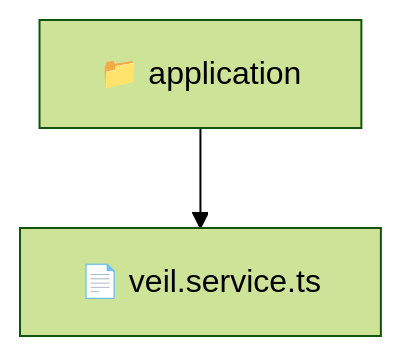
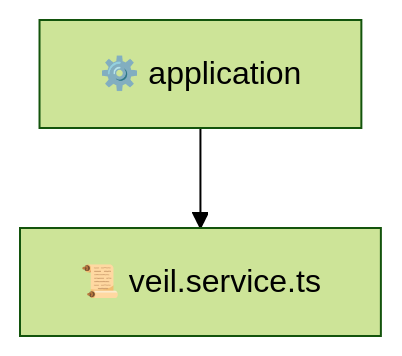
Before and after one commit to beginwebdev2002/fullstack-mavluda: the diagram in backend/src/modules/veil/application/README.md, drawn with Mermaid (forest theme). The commit also changed other lines of this file and 163 other files, not shown here.

````diff
--- a/backend/src/modules/veil/application/README.md
+++ b/backend/src/modules/veil/application/README.md
@@ -9,5 +9,5 @@
 ```mermaid
 graph TD
-  Root["📁 application"]
-  Root --> veil_service_ts["📄 veil.service.ts"]
+  application["⚙️ application"]
+  application --> veil_service_ts["📜 veil.service.ts"]
 ```
````
